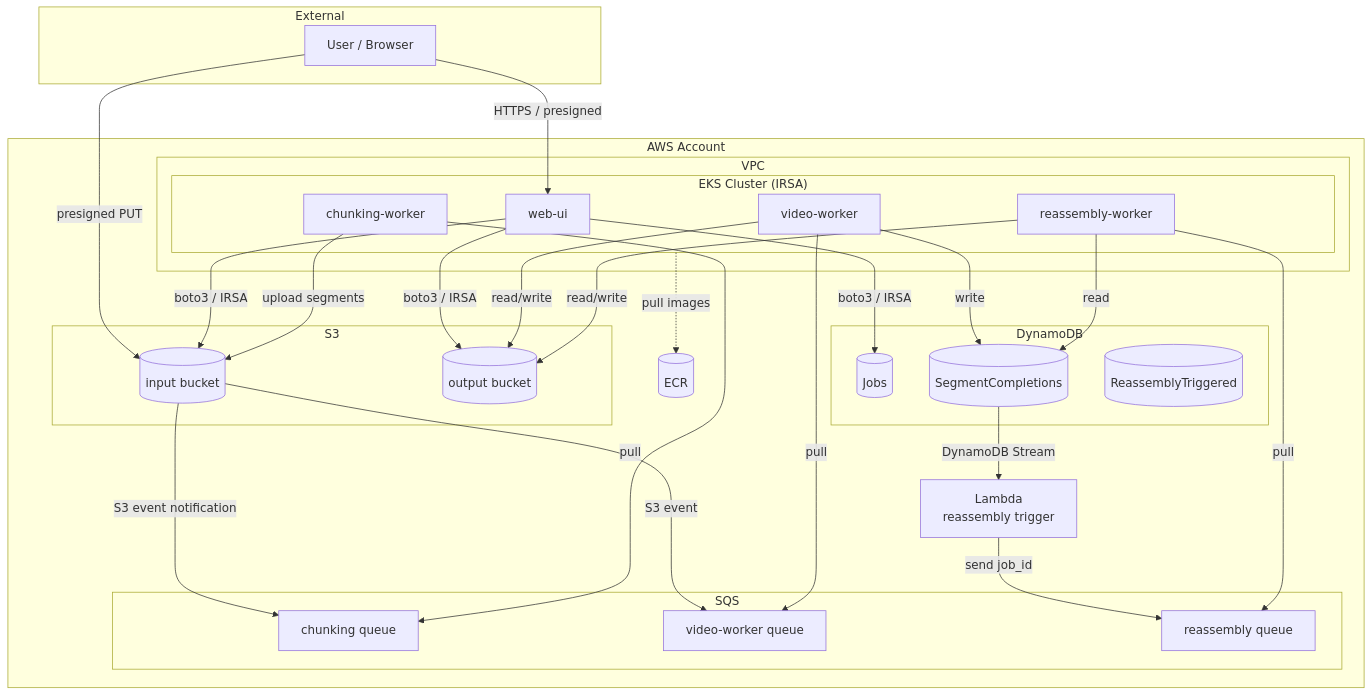
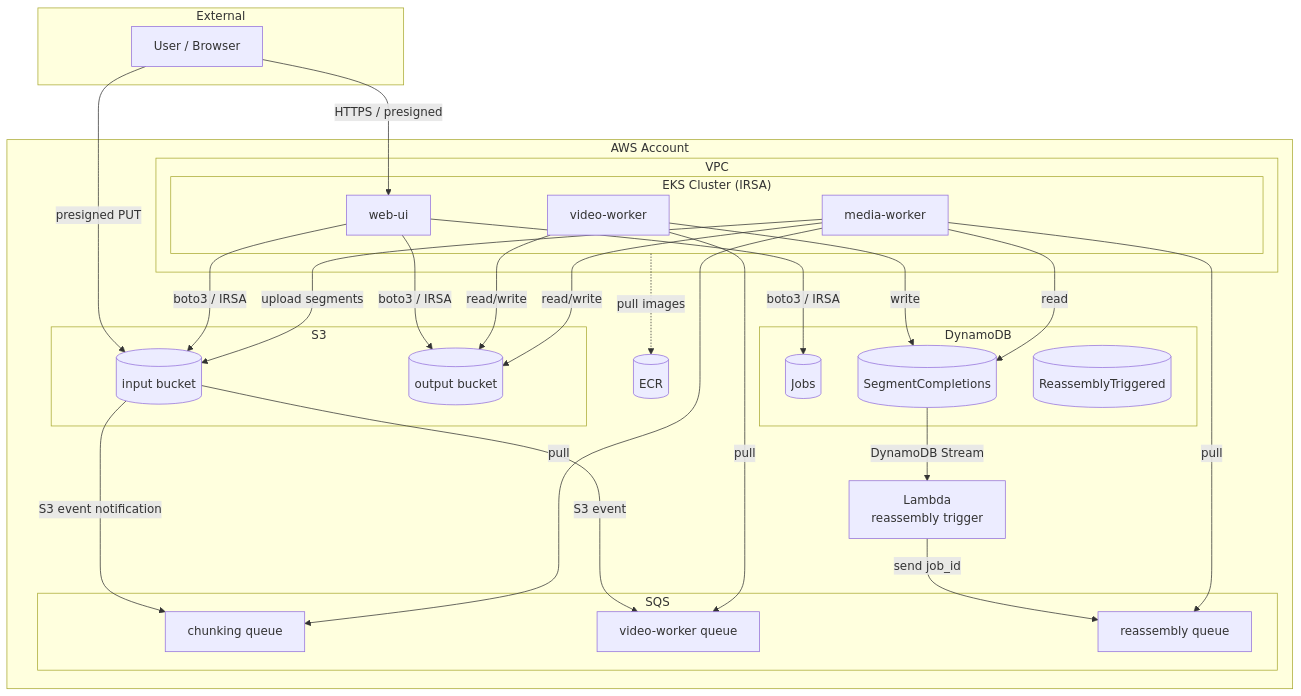
The second of 7 diagrams in ARCHITECTURE.md (alexpialetski/stereo-spot), drawn with Mermaid before and after one commit. The commit also changed other lines of this file and 87 other files, not shown here.

First line of the commit message:
feat: complete step 4.3 helm chart and Nx verification targets

````diff
--- a/ARCHITECTURE.md
+++ b/ARCHITECTURE.md
@@ -85,56 +84,55 @@
 ```mermaid
 flowchart TB
     subgraph External
         User[User / Browser]
     end
 
     subgraph AWS["AWS Account"]
         subgraph VPC["VPC"]
             subgraph EKS["EKS Cluster (IRSA)"]
                 WebUI[web-ui]
-                Chunking[chunking-worker]
+                MediaW[media-worker]
                 VideoW[video-worker]
-                ReassW[reassembly-worker]
             end
         end
 
         subgraph Storage["S3"]
             InputBucket[(input bucket)]
             OutputBucket[(output bucket)]
         end
 
         subgraph Queues["SQS"]
             ChunkQ[chunking queue]
             VideoQ[video-worker queue]
             ReassQ[reassembly queue]
         end
 
         subgraph DB["DynamoDB"]
             Jobs[(Jobs)]
             SegCompl[(SegmentCompletions)]
             ReassTrig[(ReassemblyTriggered)]
         end
 
         Lambda[Lambda\nreassembly trigger]
         ECR[(ECR)]
     end
 
     User -->|HTTPS / presigned| WebUI
     User -->|presigned PUT| InputBucket
     WebUI -->|boto3 / IRSA| InputBucket
     WebUI -->|boto3 / IRSA| OutputBucket
     WebUI -->|boto3 / IRSA| Jobs
     InputBucket -->|S3 event notification| ChunkQ
-    Chunking -->|pull| ChunkQ
-    Chunking -->|upload segments| InputBucket
+    MediaW -->|pull| ChunkQ
+    MediaW -->|upload segments| InputBucket
     InputBucket -->|S3 event| VideoQ
     VideoW -->|pull| VideoQ
     VideoW -->|read/write| OutputBucket
     VideoW -->|write| SegCompl
     SegCompl -->|DynamoDB Stream| Lambda
     Lambda -->|send job_id| ReassQ
-    ReassW -->|pull| ReassQ
-    ReassW -->|read/write| OutputBucket
-    ReassW -->|read| SegCompl
+    MediaW -->|pull| ReassQ
+    MediaW -->|read/write| OutputBucket
+    MediaW -->|read| SegCompl
     EKS -.->|pull images| ECR
 ```
````
